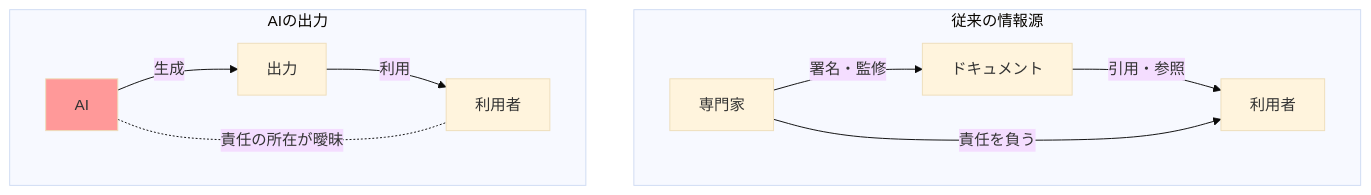
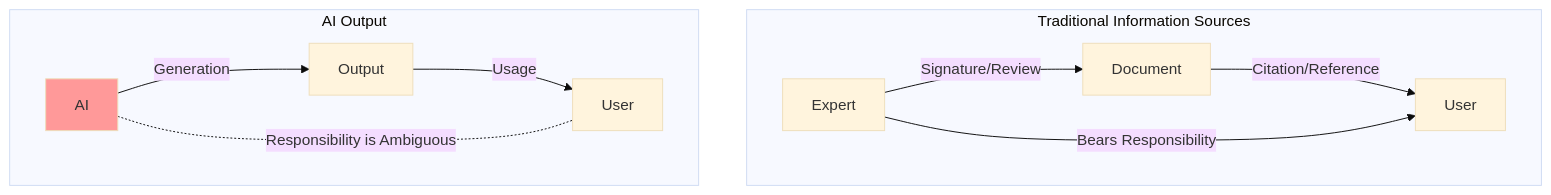
One commit to shuji-bonji/ai-agent-architecture changed the fourth of 15 diagrams in docs/concepts/02-reference-sources.md. Above: the diagram before and after it, drawn with Mermaid (base theme). The commit also changed other lines of this file and 42 other files, not shown here.

````diff
--- a/docs/concepts/02-reference-sources.md
+++ b/docs/concepts/02-reference-sources.md
@@ -139,16 +141,16 @@
 ```mermaid
 graph TB
-    subgraph 従来の情報源
-        EXPERT[専門家] --> |"署名・監修"| DOC[ドキュメント]
-        DOC --> |"引用・参照"| USER[利用者]
-        EXPERT --> |"責任を負う"| USER
+    subgraph Traditional Information Sources
+        EXPERT[Expert] --> |"Signature/Review"| DOC[Document]
+        DOC --> |"Citation/Reference"| USER[User]
+        EXPERT --> |"Bears Responsibility"| USER
     end
 
-    subgraph AIの出力
-        AI[AI] --> |"生成"| OUTPUT[出力]
-        OUTPUT --> |"利用"| USER2[利用者]
-        AI -.- |"責任の所在が曖昧"| USER2
+    subgraph AI Output
+        AI[AI] --> |"Generation"| OUTPUT[Output]
+        OUTPUT --> |"Usage"| USER2[User]
+        AI -.- |"Responsibility is Ambiguous"| USER2
     end
 
     style AI fill:#ff9999
 ```
````
